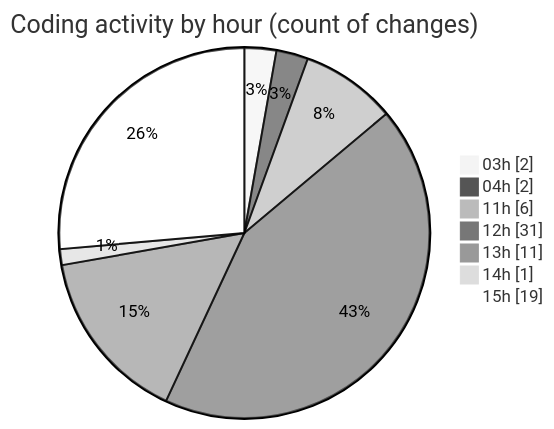
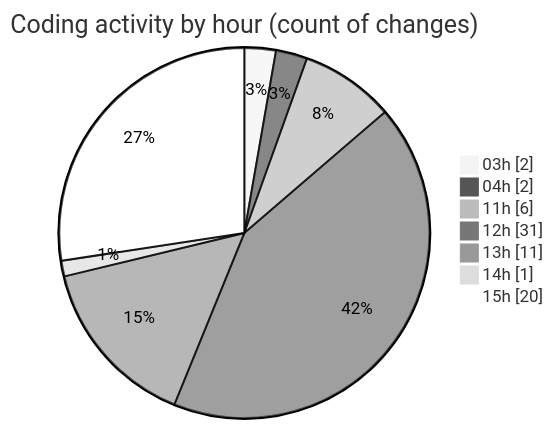
One commit to FelipKnott/code-tracking changed the second of 2 diagrams in 2025-07-04/cursor/README.md. Above: the diagram before and after it, drawn with Mermaid (neutral theme). The commit also changed other lines of this file and 1 other file, not shown here.

````diff
--- a/2025-07-04/cursor/README.md
+++ b/2025-07-04/cursor/README.md
@@ -45,11 +45,11 @@
 ```mermaid
 pie showData
 title Coding activity by hour (count of changes)
 "03h" : 2
 "04h" : 2
 "11h" : 6
 "12h" : 31
 "13h" : 11
 "14h" : 1
-"15h" : 19
+"15h" : 20
 ```
````
